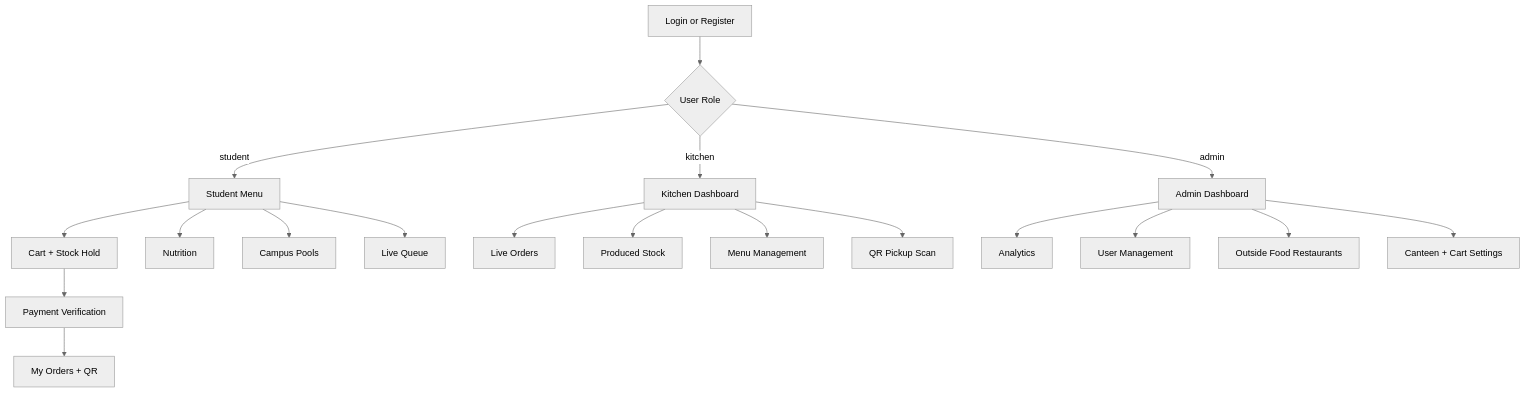
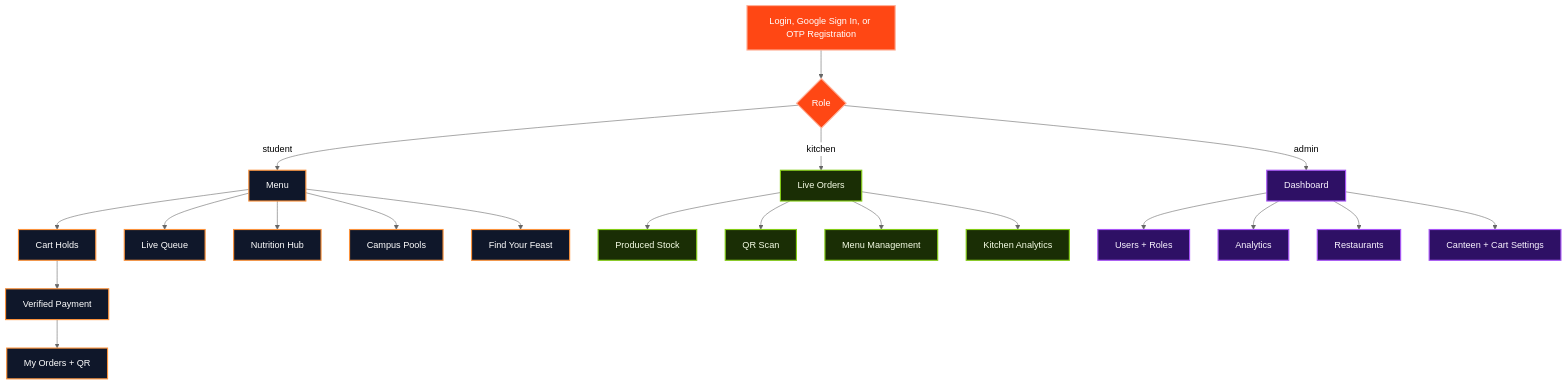
The second of 10 diagrams in README.md (dipeshkr04/UniFeast), drawn with Mermaid (neutral theme) before and after one commit. The commit also changed other lines of this file and 4 other files, not shown here.

````diff
--- a/README.md
+++ b/README.md
@@ -52,24 +102,37 @@
 ```mermaid
 flowchart TD
-  Login[Login or Register] --> RoleCheck{User Role}
-  RoleCheck -->|student| StudentHome[Student Menu]
-  RoleCheck -->|kitchen| KitchenHome[Kitchen Dashboard]
-  RoleCheck -->|admin| AdminHome[Admin Dashboard]
+  Gate[Login, Google Sign In, or OTP Registration] --> Role{Role}
 
-  StudentHome --> Cart[Cart + Stock Hold]
-  Cart --> Payment[Payment Verification]
-  Payment --> MyOrders[My Orders + QR]
-  StudentHome --> NutritionPage[Nutrition]
+  Role -->|student| StudentHome[Menu]
+  Role -->|kitchen| KitchenHome[Live Orders]
+  Role -->|admin| AdminHome[Dashboard]
+
+  StudentHome --> Cart[Cart Holds]
+  Cart --> Payment[Verified Payment]
+  Payment --> StudentOrders[My Orders + QR]
+  StudentHome --> Queue[Live Queue]
+  StudentHome --> NutritionPage[Nutrition Hub]
   StudentHome --> PoolsPage[Campus Pools]
-  StudentHome --> LiveQueue[Live Queue]
+  StudentHome --> Feast[Find Your Feast]
 
-  KitchenHome --> LiveOrders[Live Orders]
-  KitchenHome --> Stock[Produced Stock]
+  KitchenHome --> Production[Produced Stock]
+  KitchenHome --> QRScan[QR Scan]
   KitchenHome --> MenuManage[Menu Management]
-  KitchenHome --> QRScan[QR Pickup Scan]
+  KitchenHome --> KitchenAnalytics[Kitchen Analytics]
 
-  AdminHome --> Analytics[Analytics]
-  AdminHome --> Users[User Management]
-  AdminHome --> Restaurants[Outside Food Restaurants]
+  AdminHome --> Users[Users + Roles]
+  AdminHome --> AnalyticsPage[Analytics]
+  AdminHome --> Restaurants[Restaurants]
   AdminHome --> Settings[Canteen + Cart Settings]
+
+  classDef entry fill:#ff4714,stroke:#ffb199,color:#fff,stroke-width:2px;
+  classDef student fill:#0f172a,stroke:#fb923c,color:#fff,stroke-width:2px;
+  classDef kitchen fill:#1a2e05,stroke:#84cc16,color:#f7fee7,stroke-width:2px;
+  classDef admin fill:#2e1065,stroke:#a855f7,color:#faf5ff,stroke-width:2px;
+  classDef neutral fill:#111827,stroke:#475569,color:#e5e7eb;
+
+  class Gate,Role entry;
+  class StudentHome,Cart,Payment,StudentOrders,Queue,NutritionPage,PoolsPage,Feast student;
+  class KitchenHome,Production,QRScan,MenuManage,KitchenAnalytics kitchen;
+  class AdminHome,Users,AnalyticsPage,Restaurants,Settings admin;
 ```
````
